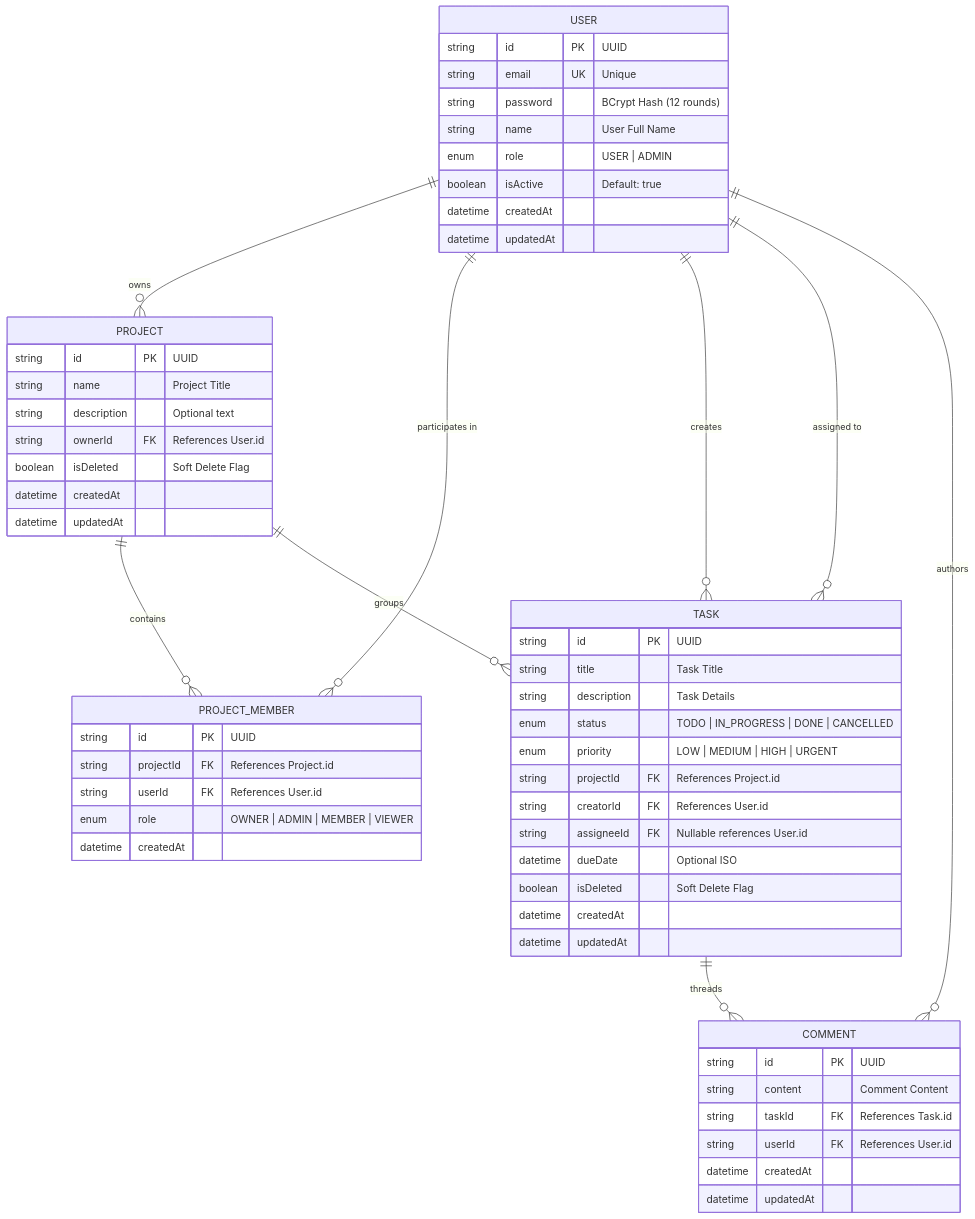
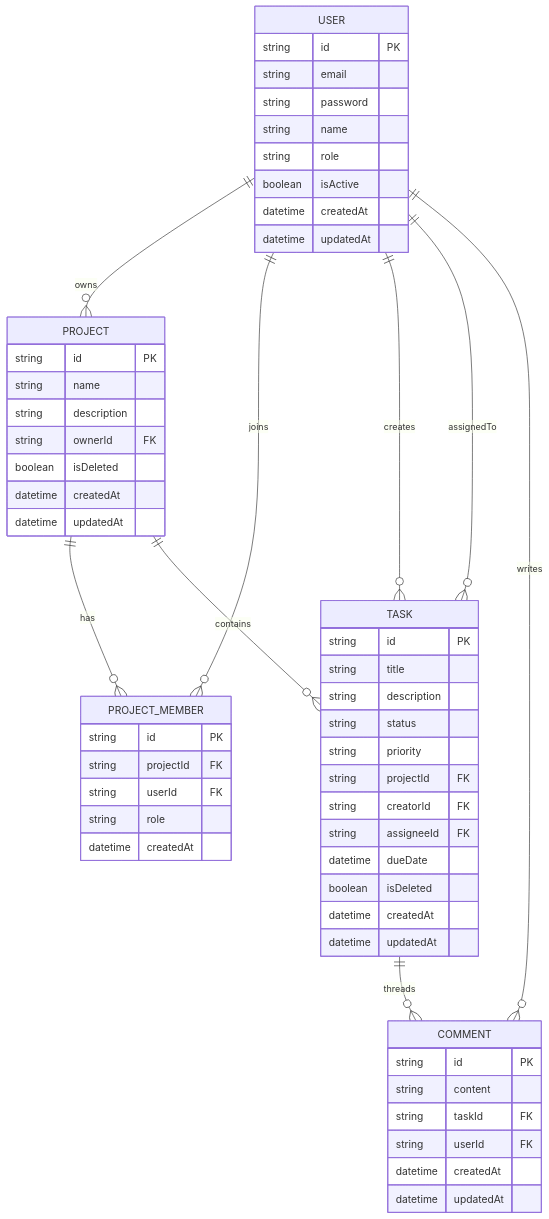
The second of 2 diagrams in README.md (imtiazaly/Progree_secure_rest_api_engine), drawn with Mermaid before and after one commit. The commit also changed other lines of this file, not shown here.

````diff
--- a/README.md
+++ b/README.md
@@ -77,65 +76,64 @@
 ```mermaid
 erDiagram
-    USER ||--o{ PROJECT : "owns"
-    USER ||--o{ PROJECT_MEMBER : "participates in"
-    USER ||--o{ TASK : "creates"
-    USER ||--o{ TASK : "assigned to"
-    USER ||--o{ COMMENT : "authors"
-
-    PROJECT ||--o{ PROJECT_MEMBER : "contains"
-    PROJECT ||--o{ TASK : "groups"
-    TASK ||--o{ COMMENT : "threads"
+    USER ||--o{ PROJECT : owns
+    USER ||--o{ PROJECT_MEMBER : joins
+    USER ||--o{ TASK : creates
+    USER ||--o{ TASK : assignedTo
+    USER ||--o{ COMMENT : writes
+    PROJECT ||--o{ PROJECT_MEMBER : has
+    PROJECT ||--o{ TASK : contains
+    TASK ||--o{ COMMENT : threads
 
     USER {
-        string id PK "UUID"
-        string email UK "Unique"
-        string password "BCrypt Hash (12 rounds)"
-        string name "User Full Name"
-        enum role "USER | ADMIN"
-        boolean isActive "Default: true"
+        string id PK
+        string email
+        string password
+        string name
+        string role
+        boolean isActive
         datetime createdAt
         datetime updatedAt
     }
 
     PROJECT {
-        string id PK "UUID"
-        string name "Project Title"
-        string description "Optional text"
-        string ownerId FK "References User.id"
-        boolean isDeleted "Soft Delete Flag"
+        string id PK
+        string name
+        string description
+        string ownerId FK
+        boolean isDeleted
         datetime createdAt
         datetime updatedAt
     }
 
     PROJECT_MEMBER {
-        string id PK "UUID"
-        string projectId FK "References Project.id"
-        string userId FK "References User.id"
-        enum role "OWNER | ADMIN | MEMBER | VIEWER"
+        string id PK
+        string projectId FK
+        string userId FK
+        string role
         datetime createdAt
     }
 
     TASK {
-        string id PK "UUID"
-        string title "Task Title"
-        string description "Task Details"
-        enum status "TODO | IN_PROGRESS | DONE | CANCELLED"
-        enum priority "LOW | MEDIUM | HIGH | URGENT"
-        string projectId FK "References Project.id"
-        string creatorId FK "References User.id"
-        string assigneeId FK "Nullable references User.id"
-        datetime dueDate "Optional ISO"
-        boolean isDeleted "Soft Delete Flag"
+        string id PK
+        string title
+        string description
+        string status
+        string priority
+        string projectId FK
+        string creatorId FK
+        string assigneeId FK
+        datetime dueDate
+        boolean isDeleted
         datetime createdAt
         datetime updatedAt
     }
 
     COMMENT {
-        string id PK "UUID"
-        string content "Comment Content"
-        string taskId FK "References Task.id"
-        string userId FK "References User.id"
+        string id PK
+        string content
+        string taskId FK
+        string userId FK
         datetime createdAt
         datetime updatedAt
     }
 ```
````
